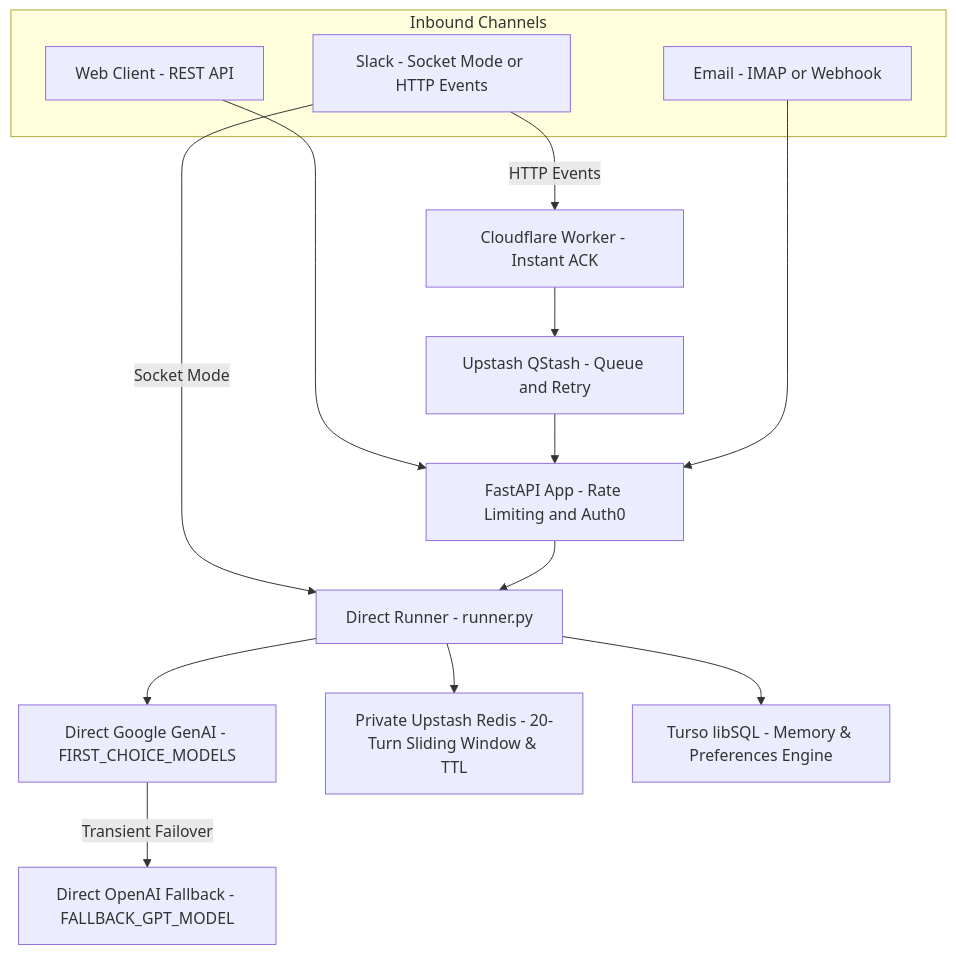
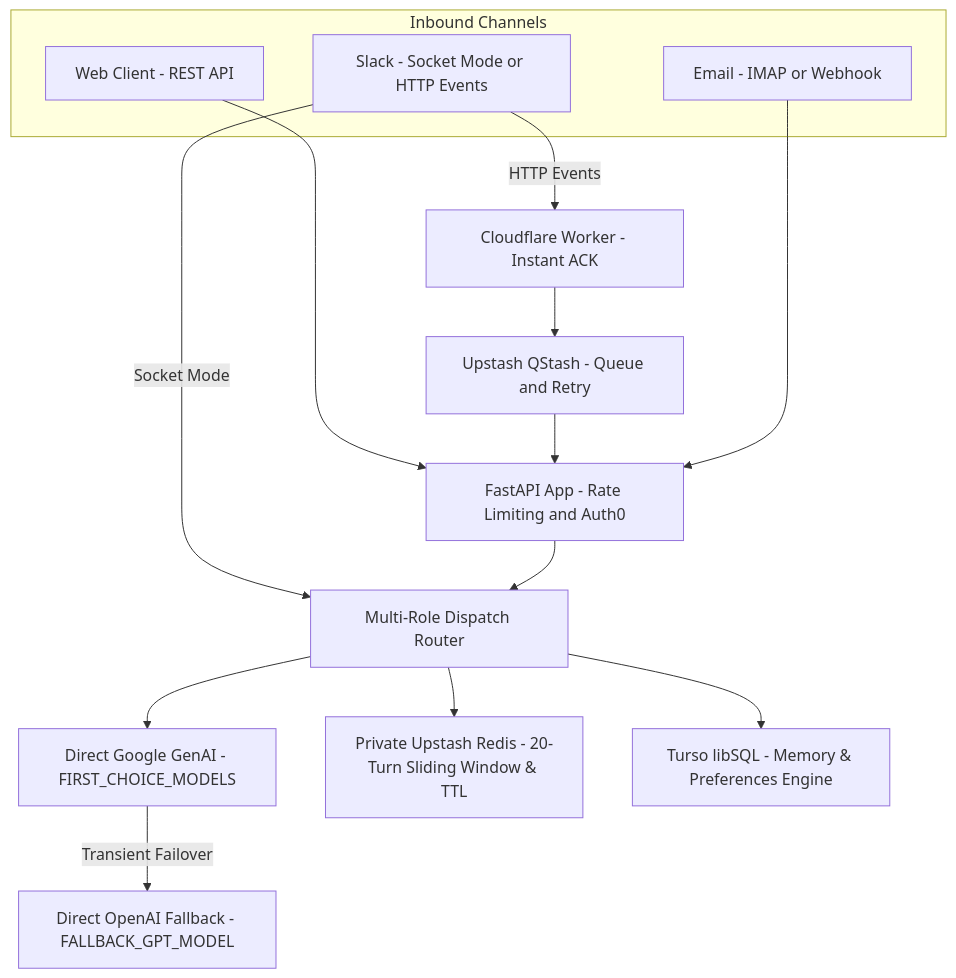
The first of 3 diagrams in docs/index.mdx (AmritSDutta/Aryhant), drawn with Mermaid before and after one commit. The commit also changed other lines of this file and 6 other files, not shown here.

````diff
--- a/docs/index.mdx
+++ b/docs/index.mdx
@@ -14,27 +14,27 @@
 ```mermaid
 flowchart TD
   subgraph Clients["Inbound Channels"]
     Browser["Web Client - REST API"]
     SlackUser["Slack - Socket Mode or HTTP Events"]
     EmailClient["Email - IMAP or Webhook"]
   end
   CF["Cloudflare Worker - Instant ACK"]
   QS["Upstash QStash - Queue and Retry"]
   FastAPI["FastAPI App - Rate Limiting and Auth0"]
-  Runner["Direct Runner - runner.py"]
+  Router["Multi-Role Dispatch Router"]
   GenAI["Direct Google GenAI - FIRST_CHOICE_MODELS"]
   GPT["Direct OpenAI Fallback - FALLBACK_GPT_MODEL"]
   History["Private Upstash Redis - 20-Turn Sliding Window & TTL"]
   Turso["Turso libSQL - Memory & Preferences Engine"]
   Browser --> FastAPI
-  SlackUser -->|Socket Mode| Runner
+  SlackUser -->|Socket Mode| Router
   SlackUser -->|HTTP Events| CF
   CF --> QS
   QS --> FastAPI
   EmailClient --> FastAPI
-  FastAPI --> Runner
-  Runner --> History
-  Runner --> Turso
-  Runner --> GenAI
+  FastAPI --> Router
+  Router --> History
+  Router --> Turso
+  Router --> GenAI
   GenAI -->|Transient Failover| GPT
 ```
````
